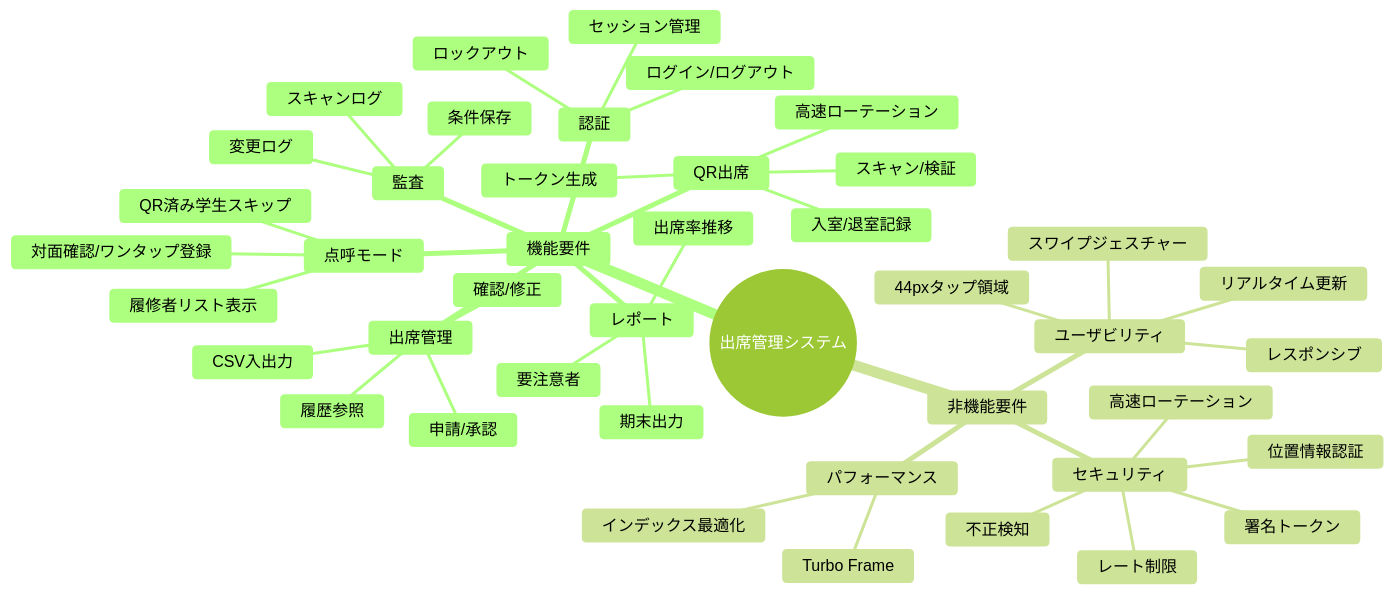
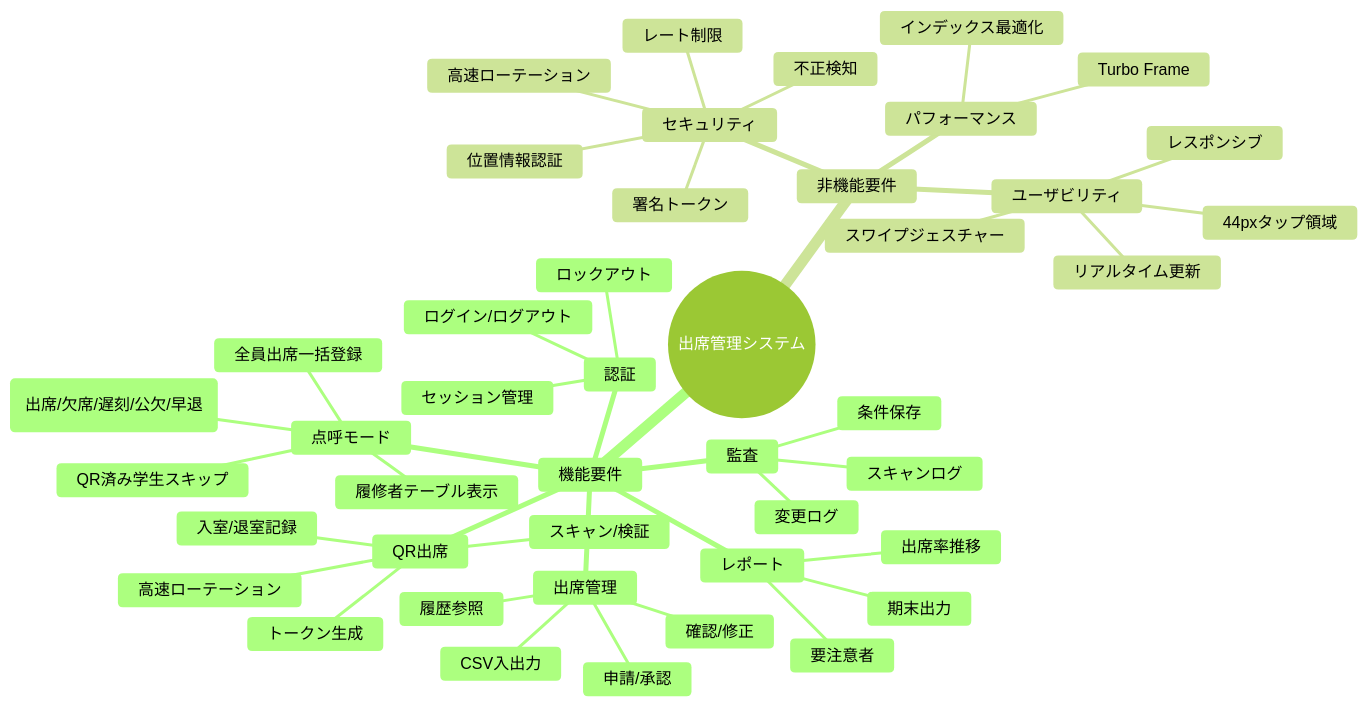
The fifth of 12 diagrams in README.md (syusyusyusyu/Attendance), drawn with Mermaid (forest theme) before and after one commit. The commit also changed other lines of this file and 9 other files, not shown here.

````diff
--- a/README.md
+++ b/README.md
@@ -453,46 +453,47 @@
 ```mermaid
 mindmap
   root((出席管理システム))
     機能要件
       認証
         ログイン/ログアウト
         ロックアウト
         セッション管理
       QR出席
         トークン生成
         高速ローテーション
         スキャン/検証
         入室/退室記録
       点呼モード
-        履修者リスト表示
-        対面確認/ワンタップ登録
+        履修者テーブル表示
+        ステータス選択(出席/欠席/遅刻/公欠/早退)
+        全員出席一括登録
         QR済み学生スキップ
       出席管理
         履歴参照
         確認/修正
         CSV入出力
         申請/承認
       監査
         スキャンログ
         変更ログ
         条件保存
       レポート
         出席率推移
         要注意者
         期末出力
     非機能要件
       セキュリティ
         署名トークン
         高速ローテーション
         位置情報認証
         レート制限
         不正検知
       パフォーマンス
         Turbo Frame
         インデックス最適化
       ユーザビリティ
         レスポンシブ
         44pxタップ領域
         リアルタイム更新
         スワイプジェスチャー
 ```
````
